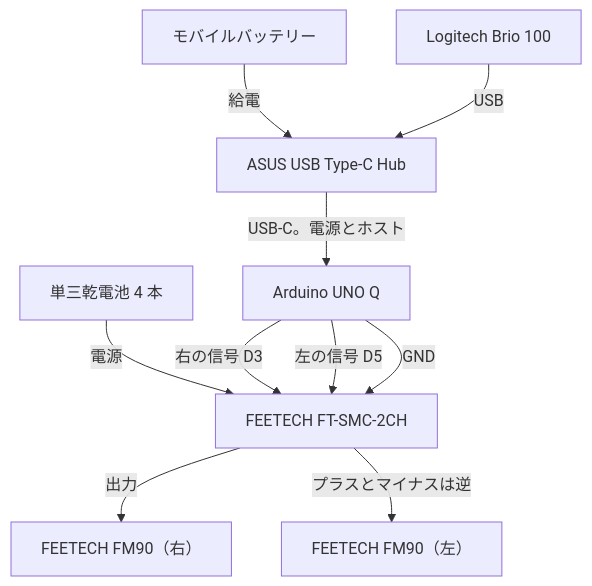
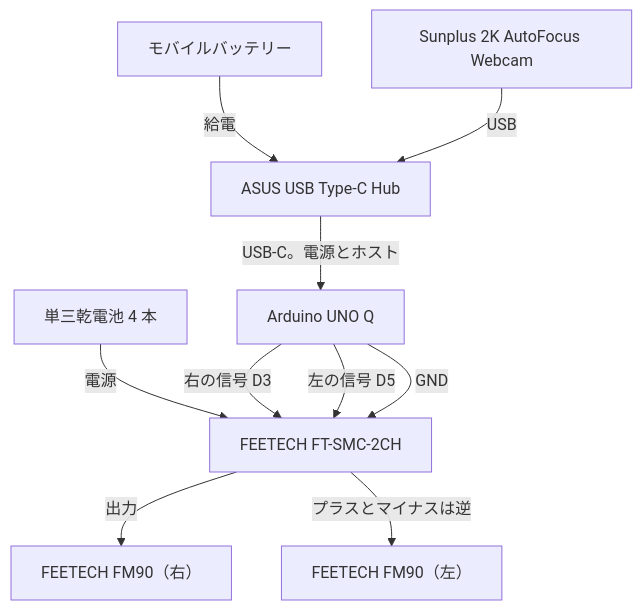
The first of 4 diagrams in poster/simple_poster.md (hamling-ling/fly-car), drawn with Mermaid before and after one commit. The commit also changed other lines of this file and 2 other files, not shown here.

Commit message:
ドキュメントのカメラ表記を Sunplus 2K（対角90°）に揃える

````diff
--- a/poster/simple_poster.md
+++ b/poster/simple_poster.md
@@ -6,21 +6,21 @@
 ```mermaid
 flowchart TB
   pack["モバイルバッテリー"]
   hub["ASUS USB Type-C Hub"]
-  brio["Logitech Brio 100"]
+  cam["Sunplus 2K AutoFocus Webcam"]
   uno["Arduino UNO Q"]
   aa["単三乾電池 4 本"]
   smc["FEETECH FT-SMC-2CH"]
   right["FEETECH FM90（右）"]
   left["FEETECH FM90（左）"]
 
   pack -->|給電| hub
-  brio -->|USB| hub
+  cam -->|USB| hub
   hub -->|USB-C。電源とホスト| uno
   aa -->|電源| smc
   uno -->|右の信号 D3| smc
   uno -->|左の信号 D5| smc
   uno -->|GND| smc
   smc -->|出力| right
   smc -->|プラスとマイナスは逆| left
 ```
````
